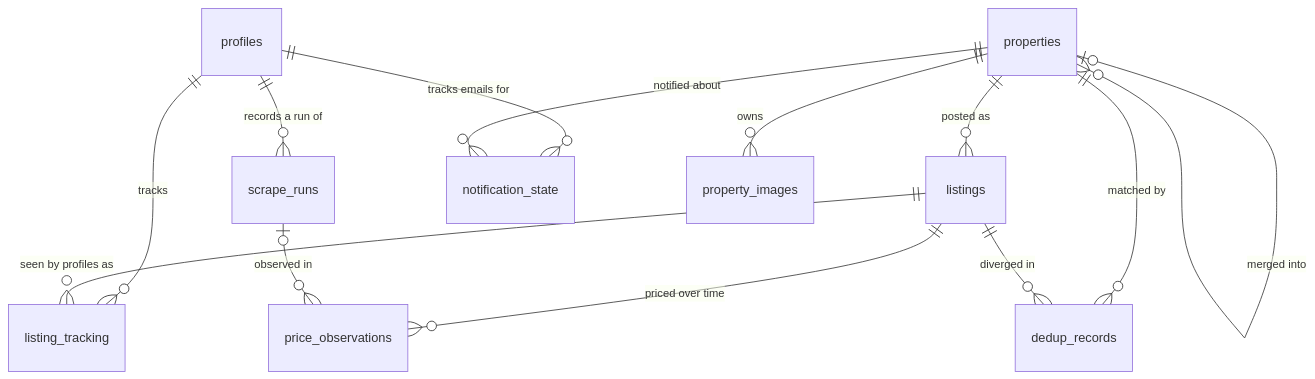
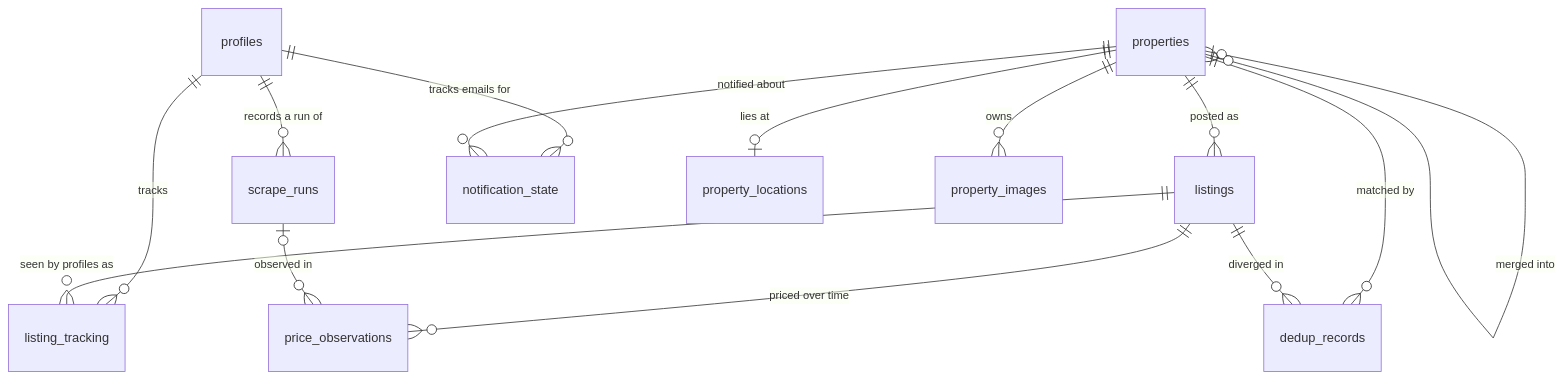
One commit to schrodlm/rentczecher changed the diagram in engine/SCHEMA.md. Above: the diagram before and after it, drawn with Mermaid. The commit also changed other lines of this file and 3 other files, not shown here.

Commit message:
Add property locations to the schema

````diff
--- a/engine/SCHEMA.md
+++ b/engine/SCHEMA.md
@@ -28,15 +28,16 @@
 ```mermaid
 erDiagram
     profiles   ||--o{ listing_tracking   : "tracks"
     listings   ||--o{ listing_tracking   : "seen by profiles as"
     profiles   ||--o{ scrape_runs         : "records a run of"
     profiles   ||--o{ notification_state  : "tracks emails for"
     properties ||--o{ listings            : "posted as"
+    properties ||--o| property_locations  : "lies at"
     properties ||--o{ property_images     : "owns"
     properties ||--o{ dedup_records       : "matched by"
     properties ||--o{ notification_state  : "notified about"
     properties |o--o{ properties          : "merged into"
     listings   ||--o{ price_observations  : "priced over time"
     listings   ||--o{ dedup_records       : "diverged in"
     scrape_runs |o--o{ price_observations : "observed in"
 ```
````
